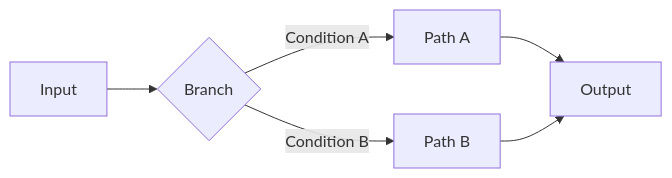
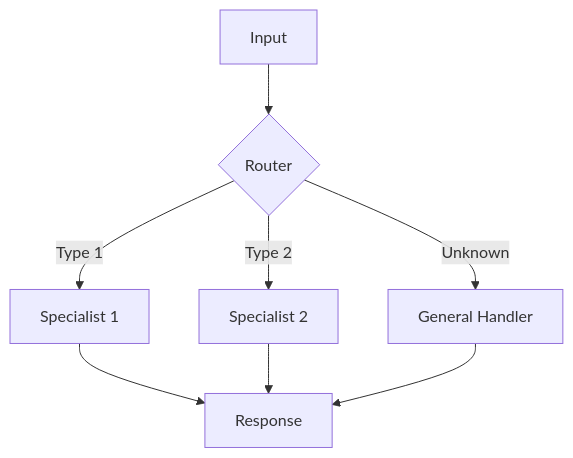
Before and after one commit to badaitech/badai-docs: the eighth of 12 diagrams in docs/03_chain_graph/nodes.md, drawn with Mermaid. The commit also changed other lines of this file and 6 other files, not shown here.

````diff
--- a/docs/03_chain_graph/nodes.md
+++ b/docs/03_chain_graph/nodes.md
@@ -29,8 +298,10 @@
 ```mermaid
-graph LR
-    A[Input] --> B{Branch}
-    B -->|Condition A| C[Path A]
-    B -->|Condition B| D[Path B]
-    C --> E[Output]
+graph TD
+    A[Input] --> B{Router}
+    B -->|Type 1| C1[Specialist 1]
+    B -->|Type 2| C2[Specialist 2]
+    B -->|Unknown| D[General Handler]
+    C1 --> E[Response]
+    C2 --> E
     D --> E
 ```
````
